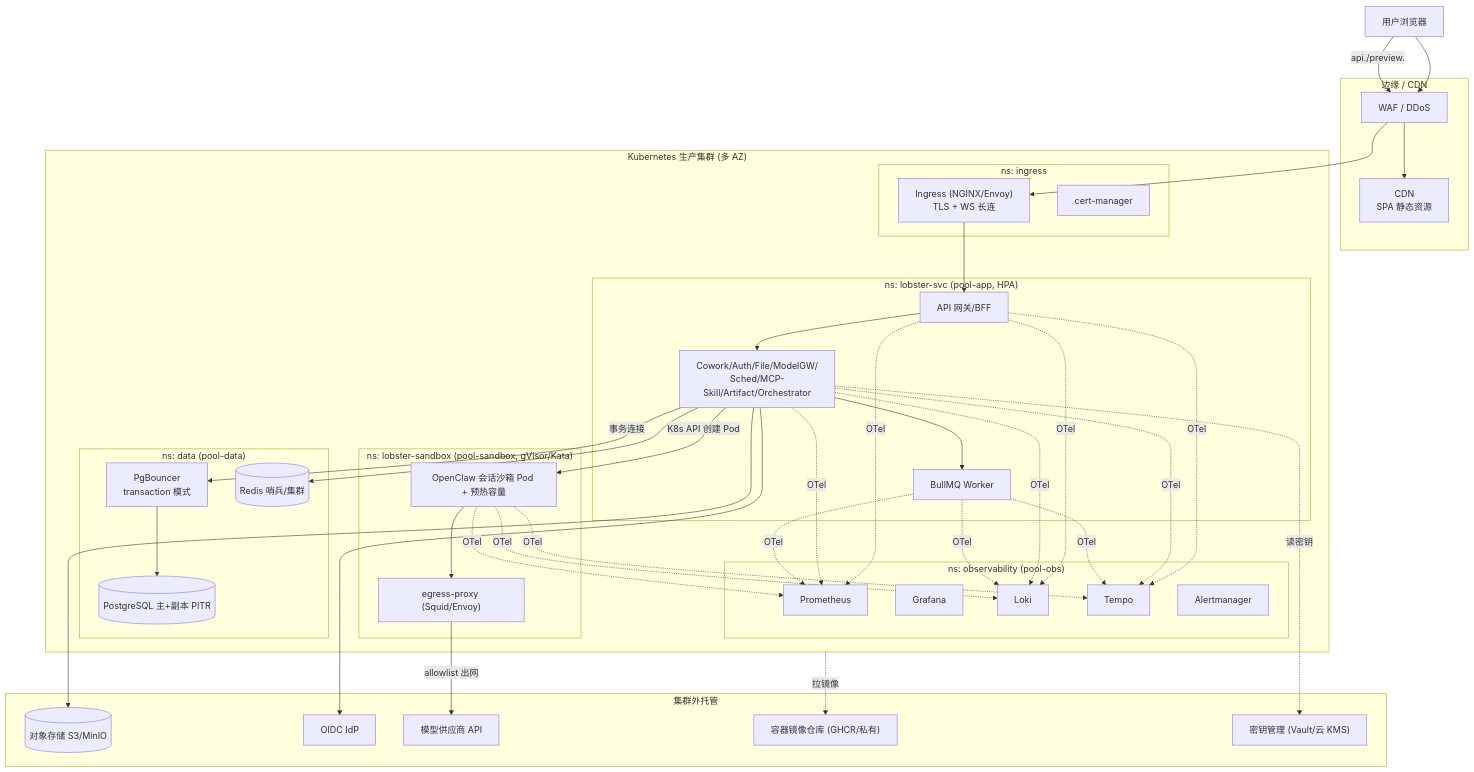
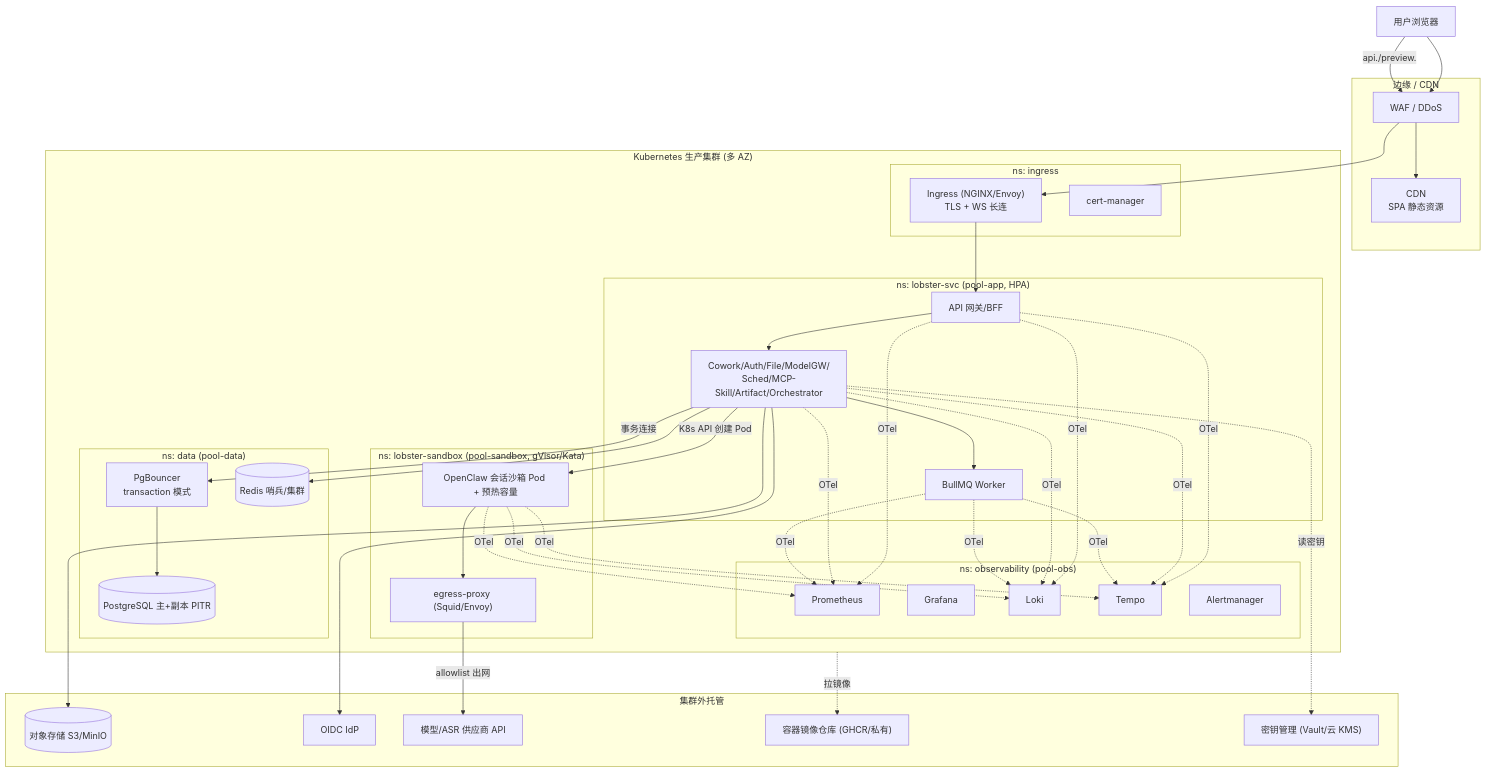
Before and after one commit to edward-ng-duke/LobsterAI: the first of 7 diagrams in 改造计划/15-部署运维与可观测性.md, drawn with Mermaid. The commit also changed other lines of this file and 27 other files, not shown here.

````diff
--- a/改造计划/15-部署运维与可观测性.md
+++ b/改造计划/15-部署运维与可观测性.md
@@ -79,52 +79,52 @@
 ```mermaid
 flowchart TB
   User["用户浏览器"]
   subgraph Edge["边缘 / CDN"]
     CDN["CDN<br/>SPA 静态资源"]
     WAF["WAF / DDoS"]
   end
   subgraph K8s["Kubernetes 生产集群 (多 AZ)"]
     subgraph NsIngress["ns: ingress"]
       IG["Ingress (NGINX/Envoy)<br/>TLS + WS 长连"]
       CM["cert-manager"]
     end
     subgraph NsApp["ns: lobster-svc (pool-app, HPA)"]
       GW["API 网关/BFF"]
       SVC["Cowork/Auth/File/ModelGW/<br/>Sched/MCP-Skill/Artifact/Orchestrator"]
       WK["BullMQ Worker"]
     end
     subgraph NsSbx["ns: lobster-sandbox (pool-sandbox, gVisor/Kata)"]
       POD["OpenClaw 会话沙箱 Pod + 预热容量"]
       EGX["egress-proxy (Squid/Envoy)"]
     end
     subgraph NsData["ns: data (pool-data)"]
       PGB["PgBouncer<br/>transaction 模式"]
       PG[("PostgreSQL 主+副本 PITR")]
       RD[("Redis 哨兵/集群")]
     end
     subgraph NsObs["ns: observability (pool-obs)"]
       PROM["Prometheus"]
       GRAF["Grafana"]
       LOKI["Loki"]
       TEMPO["Tempo"]
       ALERT["Alertmanager"]
     end
   end
   subgraph Ext["集群外托管"]
     S3[("对象存储 S3/MinIO")]
     IDP["OIDC IdP"]
-    LLM["模型供应商 API"]
+    LLM["模型/ASR 供应商 API"]
     REG["容器镜像仓库 (GHCR/私有)"]
     VAULT["密钥管理 (Vault/云 KMS)"]
   end
   User --> WAF --> CDN
   User -->|api./preview.| WAF --> IG
   IG --> GW --> SVC --> WK
   SVC -->|K8s API 创建 Pod| POD
   POD --> EGX -->|allowlist 出网| LLM
   SVC -->|事务连接| PGB --> PG
   SVC --> RD & S3 & IDP
   GW & SVC & WK & POD -.OTel.-> PROM & LOKI & TEMPO
   K8s -.拉镜像.-> REG
   SVC -.读密钥.-> VAULT
 ```
````
